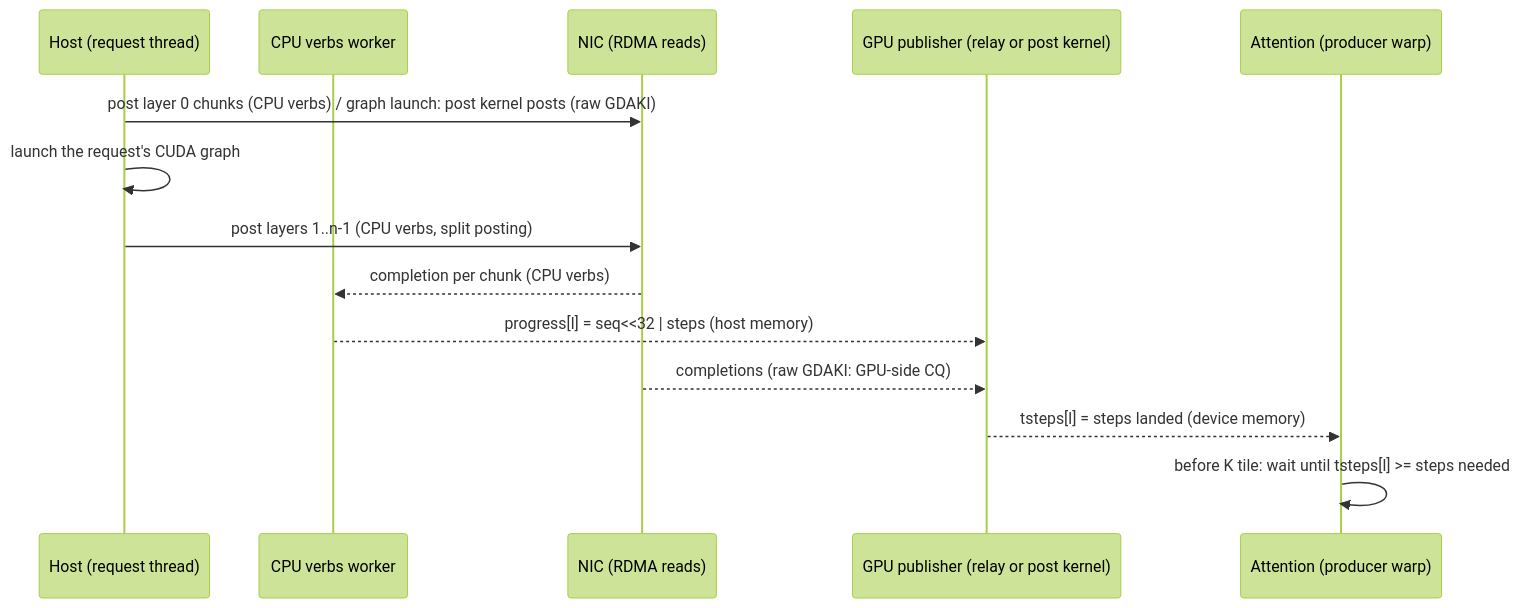
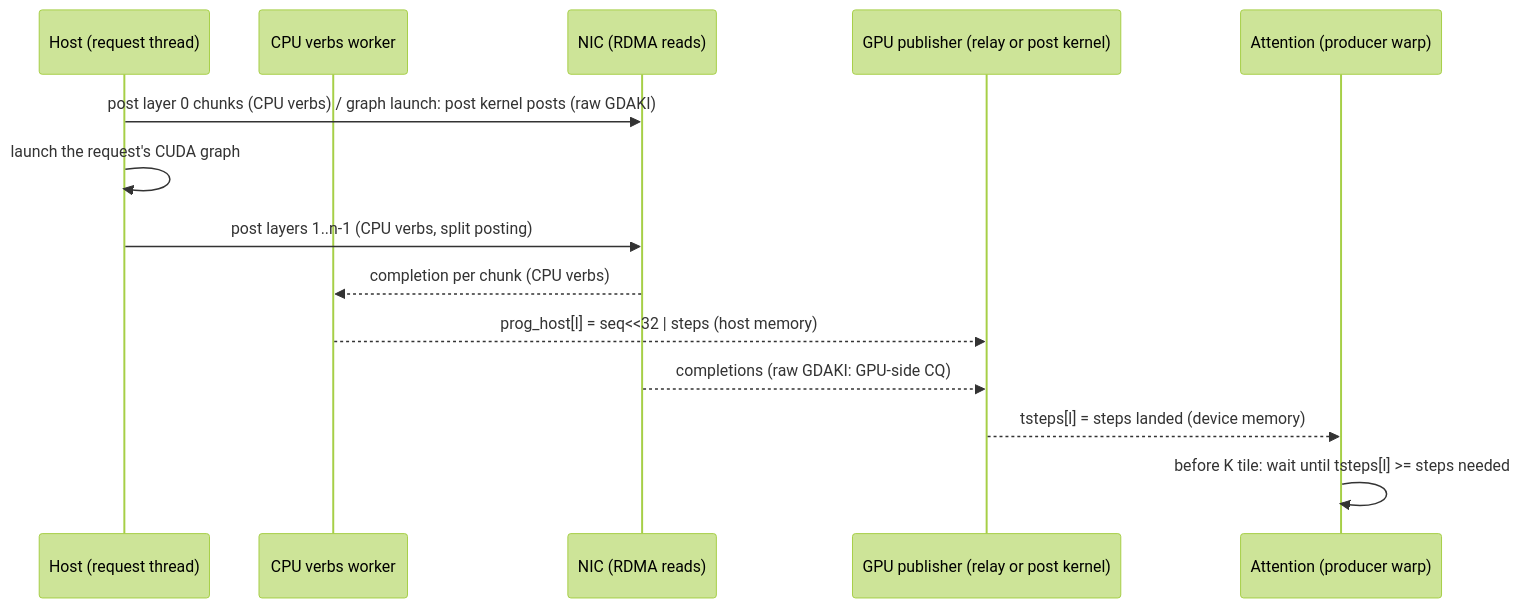
Before and after one commit to geoffreyQiu/recsys-examples: the diagram in examples/hstu-poc/docs/per-tile-walkthrough.md, drawn with Mermaid (forest theme). The commit also changed other lines of this file and 5 other files, not shown here.

First line of the commit message:
hstu-poc: per-tile fetch sequence diagrams (CPU verbs v2, raw GDAKI v3)

````diff
--- a/examples/hstu-poc/docs/per-tile-walkthrough.md
+++ b/examples/hstu-poc/docs/per-tile-walkthrough.md
@@ -16,16 +16,16 @@
 ```mermaid
 sequenceDiagram
     participant H as Host (request thread)
     participant W as CPU verbs worker
     participant N as NIC (RDMA reads)
     participant R as GPU publisher (relay or post kernel)
     participant A as Attention (producer warp)
     H->>N: post layer 0 chunks (CPU verbs) / graph launch: post kernel posts (raw GDAKI)
     H->>H: launch the request's CUDA graph
     H->>N: post layers 1..n-1 (CPU verbs, split posting)
     N-->>W: completion per chunk (CPU verbs)
-    W-->>R: progress[l] = seq<<32 | steps (host memory)
+    W-->>R: prog_host[l] = seq<<32 | steps (host memory)
     N-->>R: completions (raw GDAKI: GPU-side CQ)
     R-->>A: tsteps[l] = steps landed (device memory)
     A->>A: before K tile: wait until tsteps[l] >= steps needed
 ```
````
